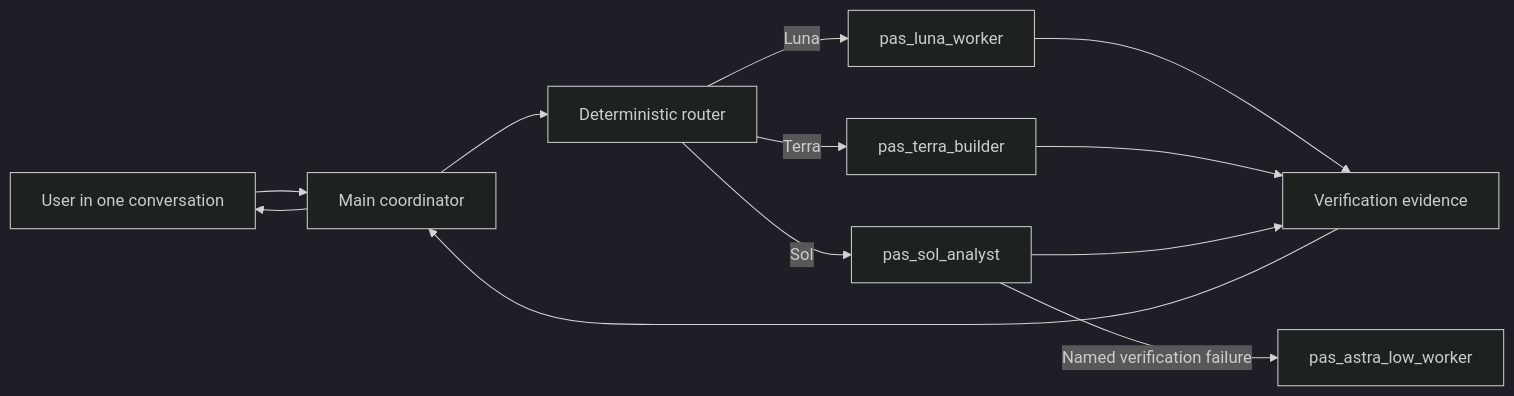
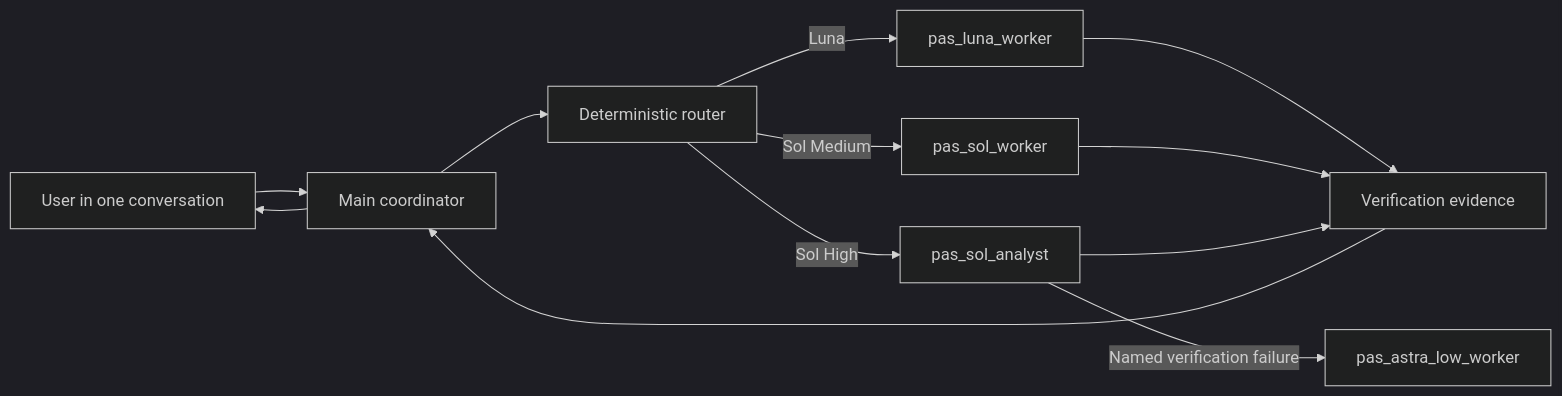
One commit to FrWalou/codex-model-router changed the diagram in .agents/skills/codex-model-router/README.md. Above: the diagram before and after it, drawn with Mermaid (dark theme). The commit also changed other lines of this file and 14 other files, not shown here.

````diff
--- a/.agents/skills/codex-model-router/README.md
+++ b/.agents/skills/codex-model-router/README.md
@@ -20,14 +19,14 @@
 ```mermaid
 flowchart LR
     U[User in one conversation] --> C[Main coordinator]
     C --> R[Deterministic router]
     R -->|Luna| L[pas_luna_worker]
-    R -->|Terra| T[pas_terra_builder]
-    R -->|Sol| S[pas_sol_analyst]
+    R -->|Sol Medium| T[pas_sol_worker]
+    R -->|Sol High| S[pas_sol_analyst]
     S -->|Named verification failure| A[pas_astra_low_worker]
     L --> E[Verification evidence]
     T --> E
     S --> E
     E --> C
     C --> U
 ```
````
